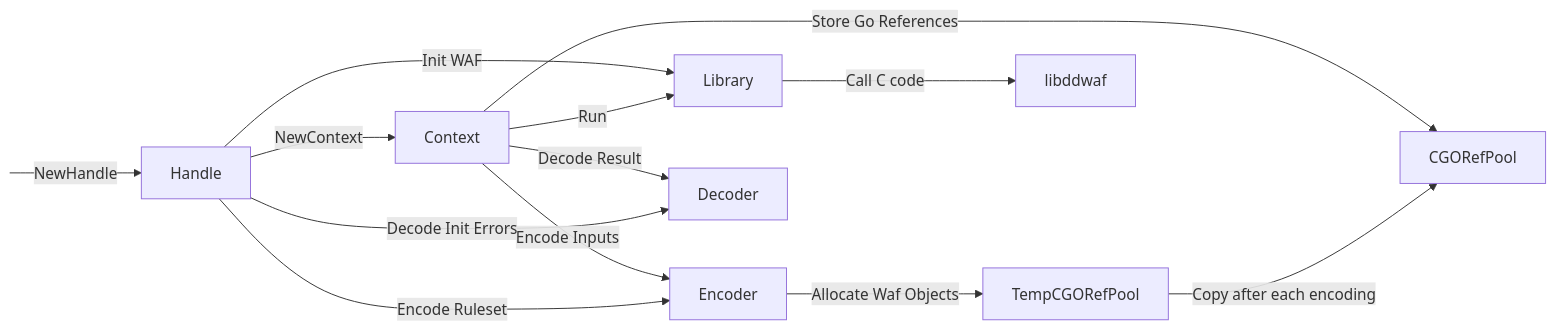
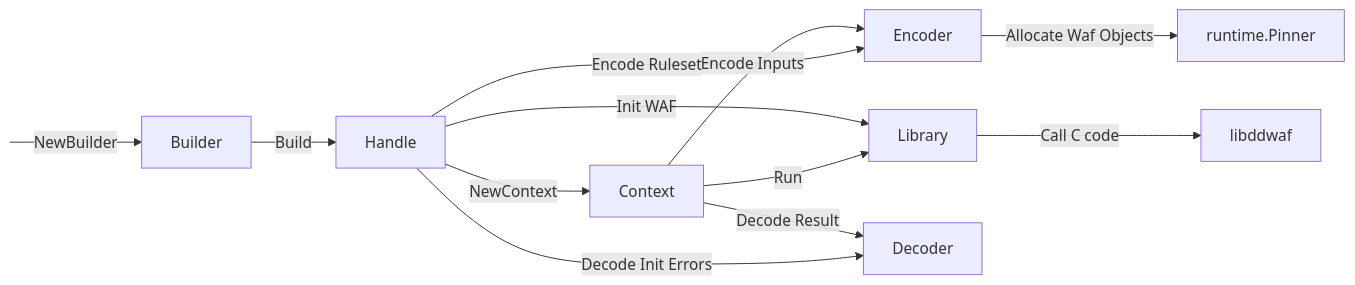
Before and after one commit to DataDog/go-libddwaf: the diagram in README.md, drawn with Mermaid. The commit also changed other lines of this file and 50 other files, not shown here.

````diff
--- a/README.md
+++ b/README.md
@@ -75,24 +83,21 @@
 ```mermaid
 flowchart LR
+    START:::hidden -->|NewBuilder| Builder -->|Build| Handle
 
-    START:::hidden -->|NewHandle| Handle -->|NewContext| Context
+    Handle -->|NewContext| Context
 
     Context -->|Encode Inputs| Encoder
 
     Handle -->|Encode Ruleset| Encoder
     Handle -->|Init WAF| Library
     Context -->|Decode Result| Decoder
 
     Handle -->|Decode Init Errors| Decoder
 
     Context -->|Run| Library
-    Context -->|Store Go References| CGORefPool
-
-    Encoder -->|Allocate Waf Objects| TempCGORefPool
-
-    TempCGORefPool -->|Copy after each encoding| CGORefPool
+    Encoder -->|Allocate Waf Objects| runtime.Pinner
 
     Library -->|Call C code| libddwaf
 
     classDef hidden display: none;
 ```
````
